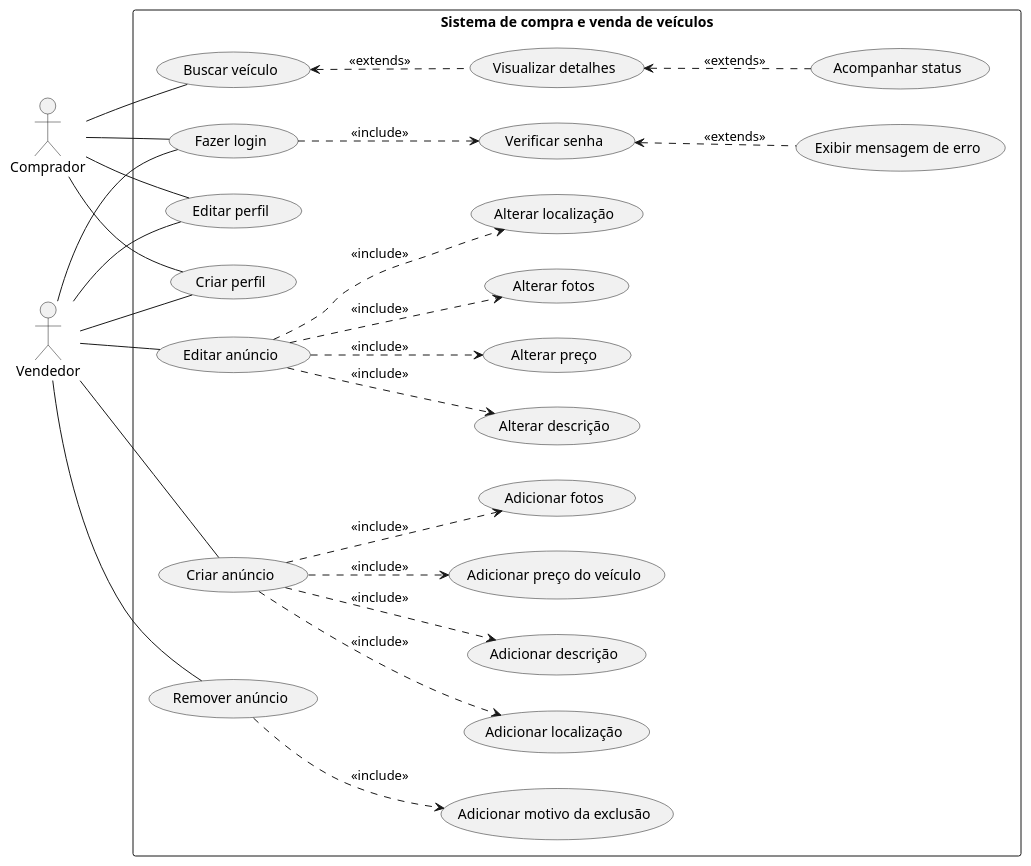
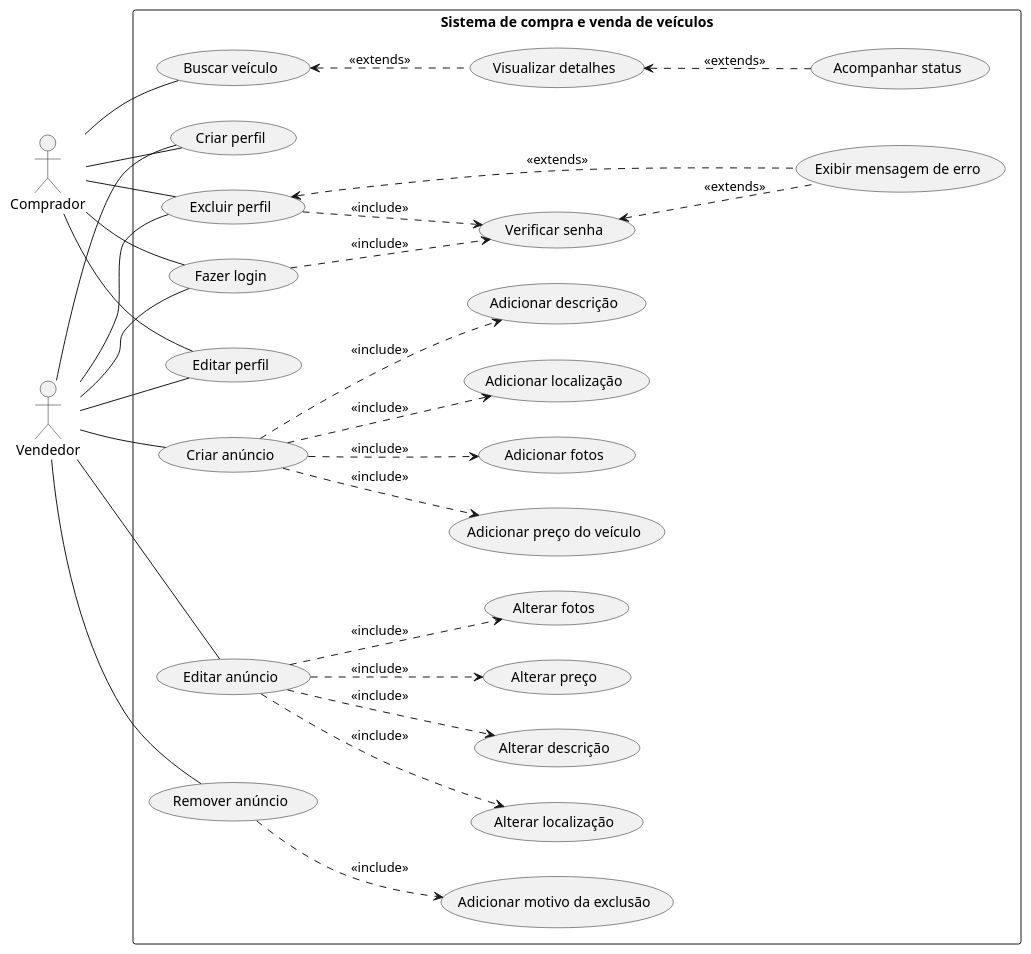
One commit to guilhermeoliveirateo/sistema-compra-venda-veiculos changed the diagram in uc_fluxo_sistema.md. Above: the diagram before and after it, drawn with PlantUML.

````diff
--- a/uc_fluxo_sistema.md
+++ b/uc_fluxo_sistema.md
@@ -9,56 +9,61 @@
 ``` plantuml
 @startuml 
 
 left to right direction
 actor "Comprador" as comprador
 actor "Vendedor" as vendedor
 
 rectangle "Sistema de compra e venda de veículos"{
 usecase "Fazer login" as uc1
 usecase "Editar perfil" as uc2
 usecase "Criar anúncio" as uc3
 usecase "Editar anúncio" as uc4
 usecase "Remover anúncio" as uc5
 usecase "Buscar veículo" as uc6
 usecase "Verificar senha" as uc7
 usecase "Exibir mensagem de erro" as uc8
 usecase "Adicionar descrição" as uc9
 usecase "Adicionar preço do veículo" as uc10
 usecase "Alterar descrição" as uc11
 usecase "Alterar preço" as uc12
 usecase "Adicionar motivo da exclusão" as uc13
 usecase "Visualizar detalhes" as uc14
 usecase "Acompanhar status" as uc15
 usecase "Criar perfil" as uc16
 usecase "Adicionar fotos" as uc17
 usecase "Adicionar localização" as uc18
 usecase "Alterar fotos" as uc19
 usecase "Alterar localização" as uc20
+usecase "Excluir perfil" as uc21
 }
 
 vendedor -- uc16
 comprador -- uc16
 vendedor -- uc1
 comprador -- uc1
 uc1 ..> uc7 :<<include>>
 uc7 <.. uc8 :<<extends>>
 vendedor -- uc2
 comprador -- uc2
+vendedor -- uc21
+comprador -- uc21
+uc21 ..> uc7 :<<include>>
+uc21 <.. uc8 :<<extends>>
 vendedor -- uc3
 uc3 ..> uc9 :<<include>>
 uc3 ..> uc10 :<<include>>
 uc3 ..> uc17 :<<include>>
 uc3 ..> uc18 :<<include>>
 vendedor -- uc4
 uc4 ..> uc11 :<<include>>
 uc4 ..> uc12 :<<include>>
 uc4 ..> uc19 :<<include>>
 uc4 ..> uc20 :<<include>>
 vendedor -- uc5
 uc5 ..> uc13 :<<include>>
 comprador -- uc6
 uc6 <.. uc14 :<<extends>>
 uc14 <.. uc15 :<<extends>>
  
 @enduml
 ```
````
